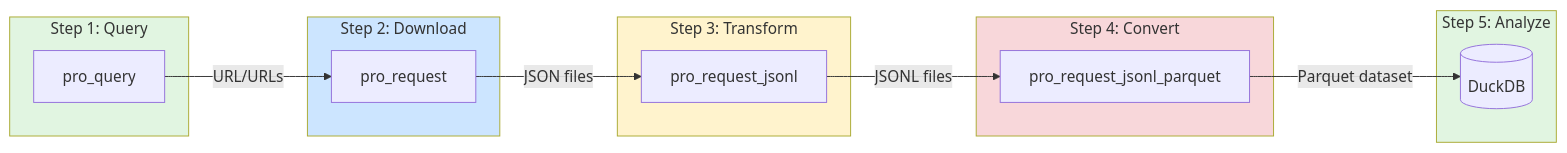
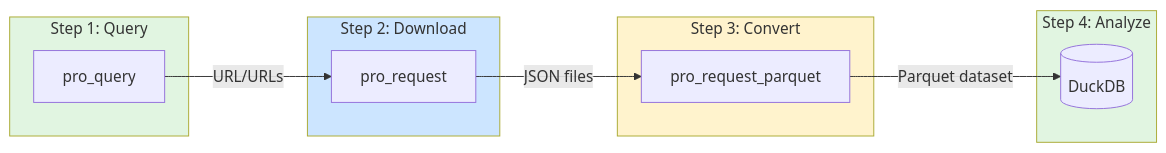
Diagram 12 of 12 in vignettes/pro_query.qmd (openalexPro/openalexPro), drawn with Mermaid before and after one commit. The commit also changed other lines of this file and 105 other files, not shown here.

````diff
--- a/vignettes/pro_query.qmd
+++ b/vignettes/pro_query.qmd
@@ -1488,33 +1577,27 @@
 ```{mermaid}
 flowchart LR
     subgraph Step1[Step 1: Query]
         PQ[pro_query]
     end
 
     subgraph Step2[Step 2: Download]
         PR[pro_request]
     end
 
-    subgraph Step3[Step 3: Transform]
-        PRJL[pro_request_jsonl]
+    subgraph Step3[Step 3: Convert]
+        PRP[pro_request_parquet]
     end
 
-    subgraph Step4[Step 4: Convert]
-        PRJLP[pro_request_jsonl_parquet]
-    end
-
-    subgraph Step5[Step 5: Analyze]
+    subgraph Step4[Step 4: Analyze]
         DB[(DuckDB)]
     end
 
     PQ -->|URL/URLs| PR
-    PR -->|JSON files| PRJL
-    PRJL -->|JSONL files| PRJLP
-    PRJLP -->|Parquet dataset| DB
+    PR -->|JSON files| PRP
+    PRP -->|Parquet dataset| DB
 
     style Step1 fill:#e1f5e1
     style Step2 fill:#cce5ff
     style Step3 fill:#fff3cd
-    style Step4 fill:#f8d7da
-    style Step5 fill:#e1f5e1
+    style Step4 fill:#e1f5e1
 ```
````
